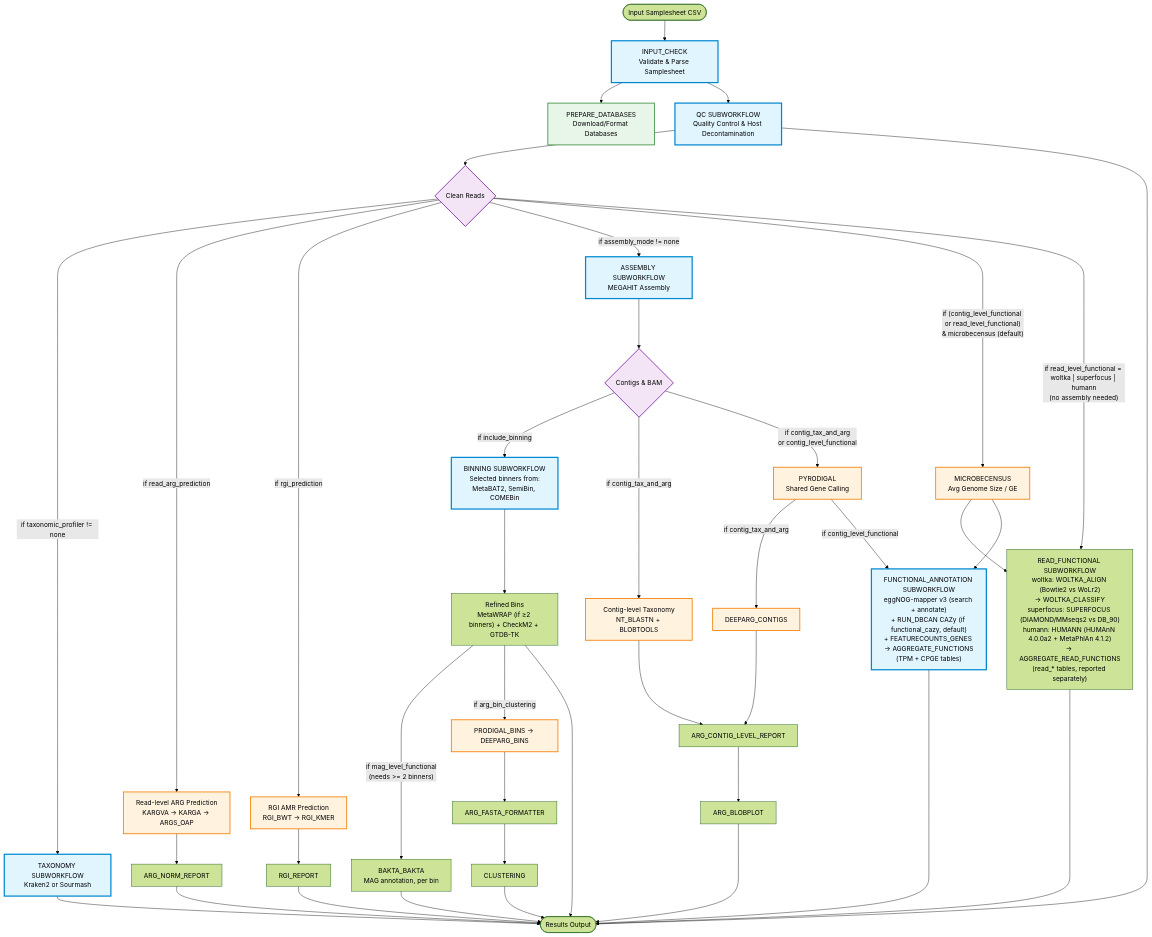
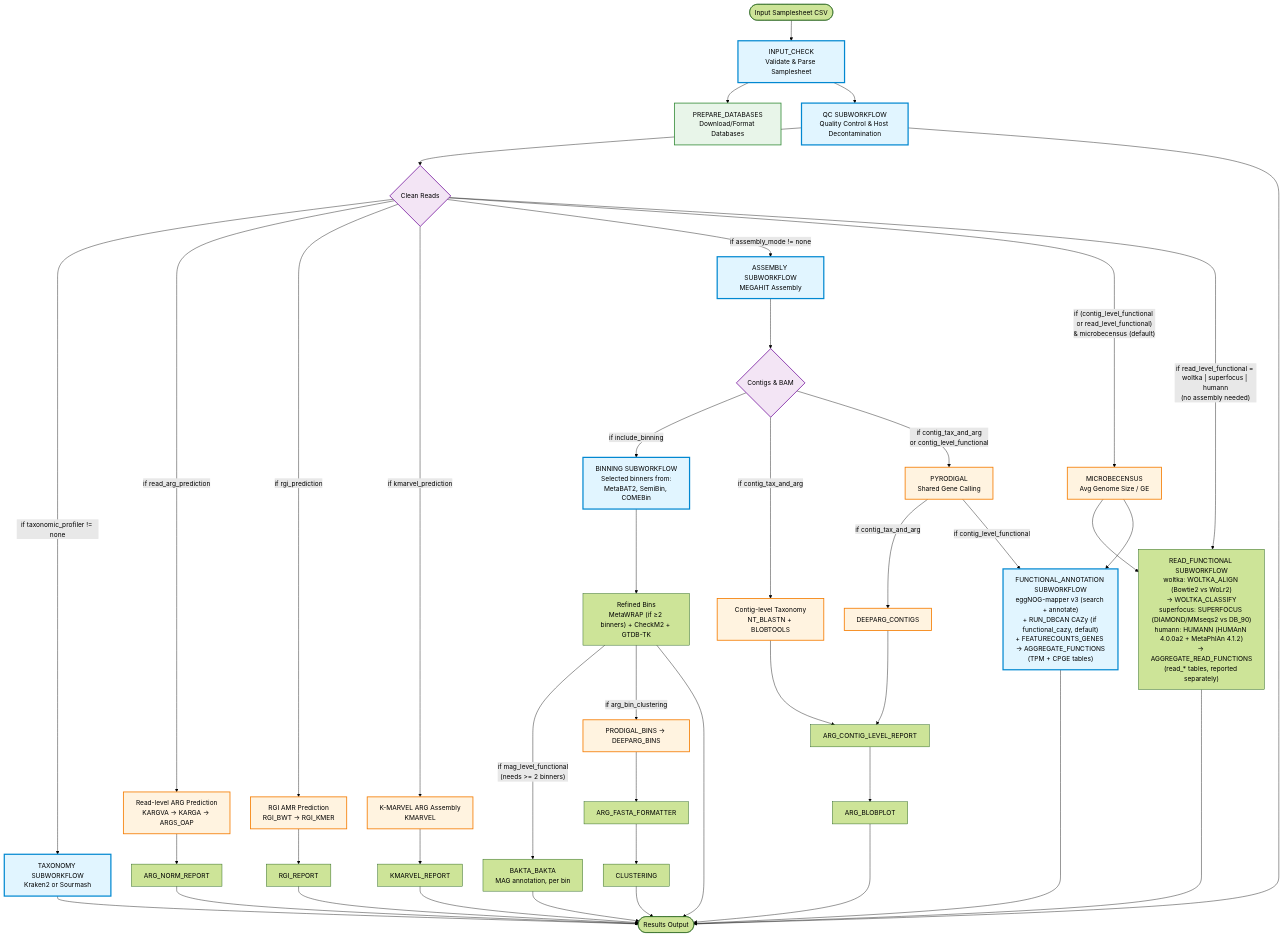
The first of 8 diagrams in docs/WORKFLOW_DIAGRAM.md (gene2dis/BugBuster), drawn with Mermaid (forest theme) before and after one commit. The commit also changed other lines of this file and 34 other files, not shown here.

````diff
--- a/docs/WORKFLOW_DIAGRAM.md
+++ b/docs/WORKFLOW_DIAGRAM.md
@@ -10,74 +10,79 @@
 ```mermaid
 flowchart TD
     Start([Input Samplesheet CSV]) --> InputCheck[INPUT_CHECK<br/>Validate & Parse Samplesheet]
     
     InputCheck --> PrepDB[PREPARE_DATABASES<br/>Download/Format Databases]
     InputCheck --> QC
     
     %% Quality Control Branch
     QC[QC SUBWORKFLOW<br/>Quality Control & Host Decontamination] --> CleanReads{Clean Reads}
     
     %% Taxonomy Branch
     CleanReads -->|if taxonomic_profiler != none| Taxonomy[TAXONOMY SUBWORKFLOW<br/>Kraken2 or Sourmash]
     
     %% Read-level ARG Branch
     CleanReads -->|if read_arg_prediction| ReadARG[Read-level ARG Prediction<br/>KARGVA → KARGA → ARGS_OAP]
     ReadARG --> ARGNorm[ARG_NORM_REPORT]
 
     %% RGI Branch
     CleanReads -->|if rgi_prediction| RGI[RGI AMR Prediction<br/>RGI_BWT → RGI_KMER]
     RGI --> RGIReport[RGI_REPORT]
+
+    %% K-MARVEL Branch
+    CleanReads -->|if kmarvel_prediction| KMARVEL[K-MARVEL ARG Assembly<br/>KMARVEL]
+    KMARVEL --> KMARVELReport[KMARVEL_REPORT]
     
     %% Assembly Branch
     CleanReads -->|if assembly_mode != none| Assembly[ASSEMBLY SUBWORKFLOW<br/>MEGAHIT Assembly]
     
     Assembly --> Contigs{Contigs & BAM}
     
     %% Binning Branch
     Contigs -->|if include_binning| Binning[BINNING SUBWORKFLOW<br/>Selected binners from:<br/>MetaBAT2, SemiBin, COMEBin]
     Binning --> RefinedBins["Refined Bins<br/>MetaWRAP (if ≥2 binners) + CheckM2 + GTDB-TK"]
     
     %% Contig-level Analysis Branch
     Contigs -->|if contig_tax_and_arg| ContigTax[Contig-level Taxonomy<br/>NT_BLASTN + BLOBTOOLS]
     Contigs -->|"if contig_tax_and_arg<br/>or contig_level_functional"| Pyrodigal[PYRODIGAL<br/>Shared Gene Calling]
     Pyrodigal -->|if contig_tax_and_arg| ContigARG[DEEPARG_CONTIGS]
     ContigTax --> ARGContigReport
     ContigARG --> ARGContigReport[ARG_CONTIG_LEVEL_REPORT]
     ARGContigReport --> ARGBlobplot[ARG_BLOBPLOT]
 
     %% Functional Annotation Branch
     CleanReads -->|"if (contig_level_functional or read_level_functional)<br/>& microbecensus (default)"| MicrobeCensus[MICROBECENSUS<br/>Avg Genome Size / GE]
     CleanReads -->|"if read_level_functional = woltka | superfocus | humann<br/>(no assembly needed)"| ReadFunctional["READ_FUNCTIONAL SUBWORKFLOW<br/>woltka: WOLTKA_ALIGN (Bowtie2 vs WoLr2)<br/>→ WOLTKA_CLASSIFY<br/>superfocus: SUPERFOCUS (DIAMOND/MMseqs2 vs DB_90)<br/>humann: HUMANN (HUMAnN 4.0.0a2 + MetaPhlAn 4.1.2)<br/>→ AGGREGATE_READ_FUNCTIONS<br/>(read_* tables, reported separately)"]
     MicrobeCensus --> ReadFunctional
     Pyrodigal -->|if contig_level_functional| Functional["FUNCTIONAL_ANNOTATION SUBWORKFLOW<br/>eggNOG-mapper v3 (search + annotate)<br/>+ RUN_DBCAN CAZy (if functional_cazy, default)<br/>+ FEATURECOUNTS_GENES → AGGREGATE_FUNCTIONS<br/>(TPM + CPGE tables)"]
     MicrobeCensus --> Functional
     RefinedBins -->|"if mag_level_functional<br/>(needs >= 2 binners)"| Bakta[BAKTA_BAKTA<br/>MAG annotation, per bin]
 
     %% Bin ARG Clustering Branch
     RefinedBins -->|if arg_bin_clustering| BinARG[PRODIGAL_BINS → DEEPARG_BINS]
     BinARG --> ARGFormat[ARG_FASTA_FORMATTER]
     ARGFormat --> Clustering[CLUSTERING]
     
     %% End
     QC --> End([Results Output])
     Taxonomy --> End
     ARGNorm --> End
     RGIReport --> End
+    KMARVELReport --> End
     ARGBlobplot --> End
     Clustering --> End
     Functional --> End
     ReadFunctional --> End
     Bakta --> End
     RefinedBins --> End
 
     %% Styling
     classDef subworkflow fill:#e1f5ff,stroke:#0288d1,stroke-width:3px
     classDef module fill:#fff3e0,stroke:#f57c00,stroke-width:2px
     classDef decision fill:#f3e5f5,stroke:#7b1fa2,stroke-width:2px
     classDef database fill:#e8f5e9,stroke:#388e3c,stroke-width:2px
     
     class InputCheck,QC,Taxonomy,Assembly,Binning,Functional subworkflow
-    class ReadARG,RGI,ContigTax,ContigARG,BinARG,Pyrodigal,MicrobeCensus module
+    class ReadARG,RGI,KMARVEL,ContigTax,ContigARG,BinARG,Pyrodigal,MicrobeCensus module
     class CleanReads,Contigs decision
     class PrepDB database
 ```
````
